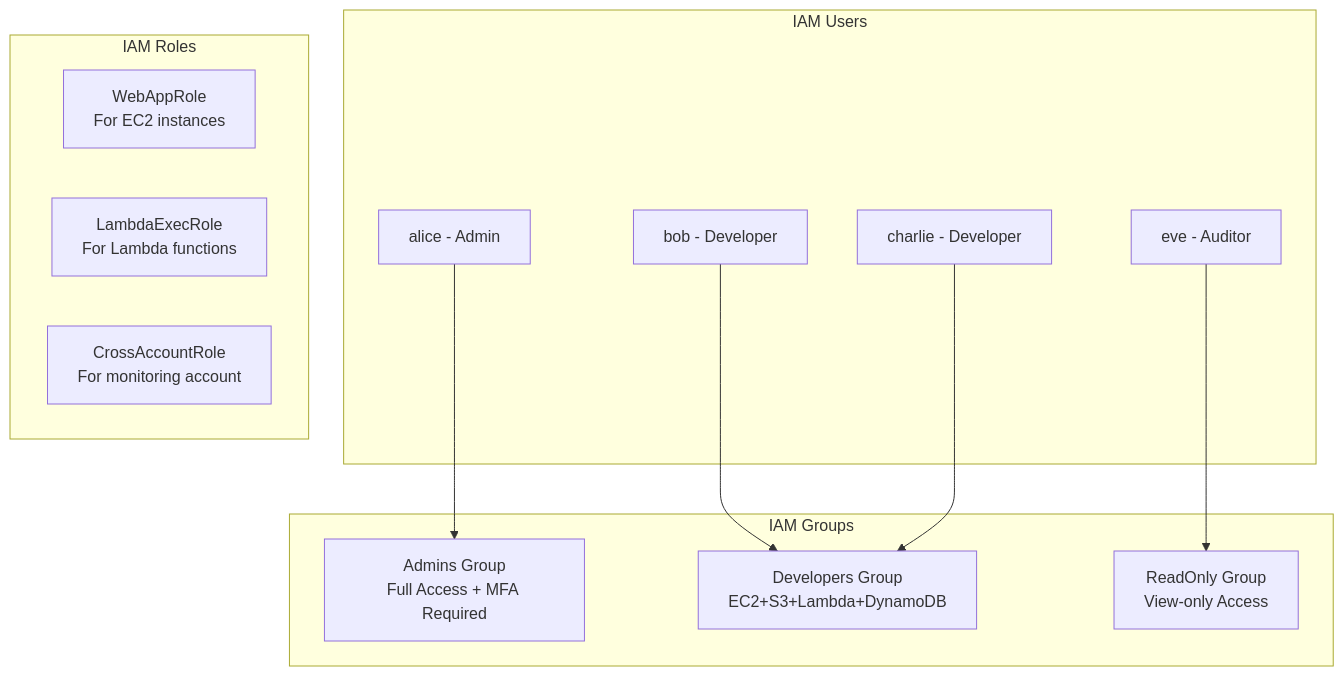
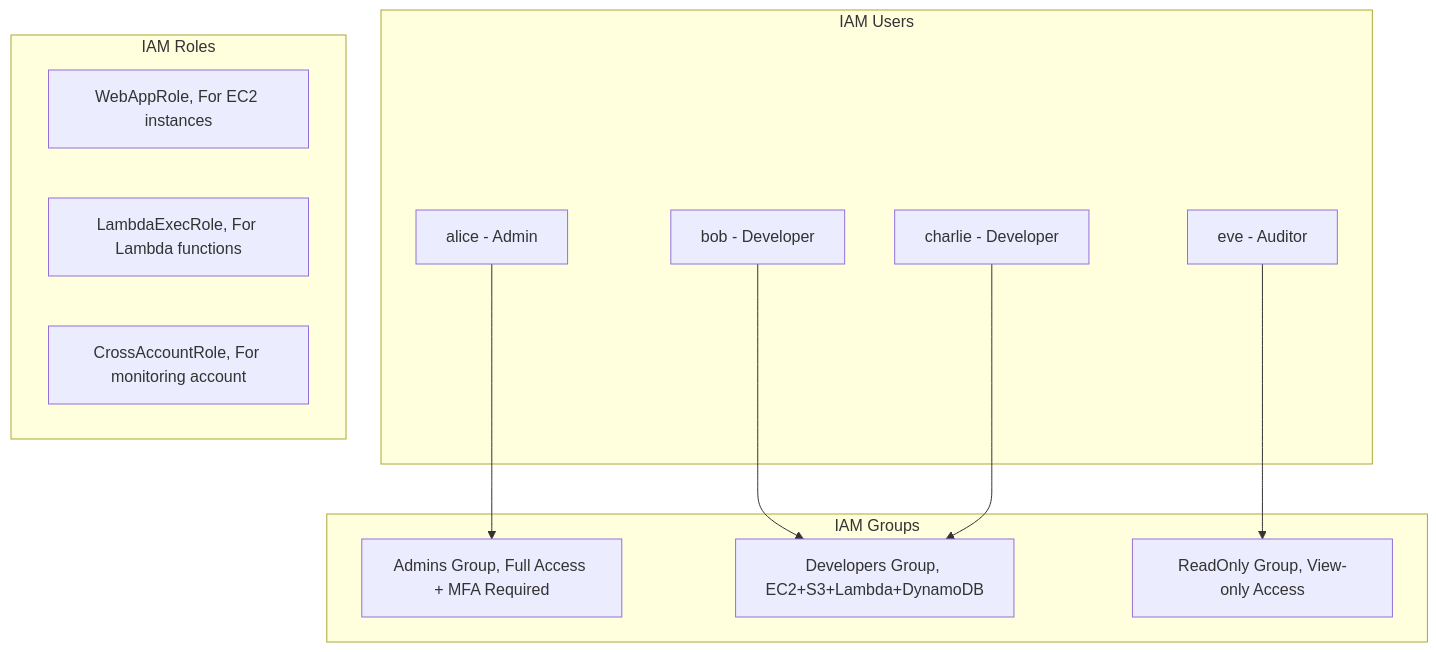
One commit to DeeptiShuklaProject/Uday_AWS changed the second of 5 diagrams in Chapter_01_AWS_IAM.md. Above: the diagram before and after it, drawn with Mermaid. The commit also changed other lines of this file and 34 other files, not shown here.

Commit message:
Fix mermaid diagrams syntax across all chapters (quote labels and remove HTML)

````diff
--- a/Chapter_01_AWS_IAM.md
+++ b/Chapter_01_AWS_IAM.md
@@ -547,26 +547,26 @@
 ```mermaid
 flowchart TD
     subgraph Groups["IAM Groups"]
-        Admins[Admins Group<br>Full Access + MFA Required]
-        Devs[Developers Group<br>EC2+S3+Lambda+DynamoDB]
-        RO[ReadOnly Group<br>View-only Access]
+        Admins["Admins Group, Full Access + MFA Required"]
+        Devs["Developers Group, EC2+S3+Lambda+DynamoDB"]
+        RO["ReadOnly Group, View-only Access"]
     end
     
     subgraph Users["IAM Users"]
         Alice[alice - Admin]
         Bob[bob - Developer]
         Charlie[charlie - Developer]
         Eve[eve - Auditor]
     end
     
     Alice --> Admins
     Bob --> Devs
     Charlie --> Devs
     Eve --> RO
     
     subgraph Roles["IAM Roles"]
-        EC2Role[WebAppRole<br>For EC2 instances]
-        LambdaRole[LambdaExecRole<br>For Lambda functions]
-        CrossRole[CrossAccountRole<br>For monitoring account]
+        EC2Role["WebAppRole, For EC2 instances"]
+        LambdaRole["LambdaExecRole, For Lambda functions"]
+        CrossRole["CrossAccountRole, For monitoring account"]
     end
 ```
````
